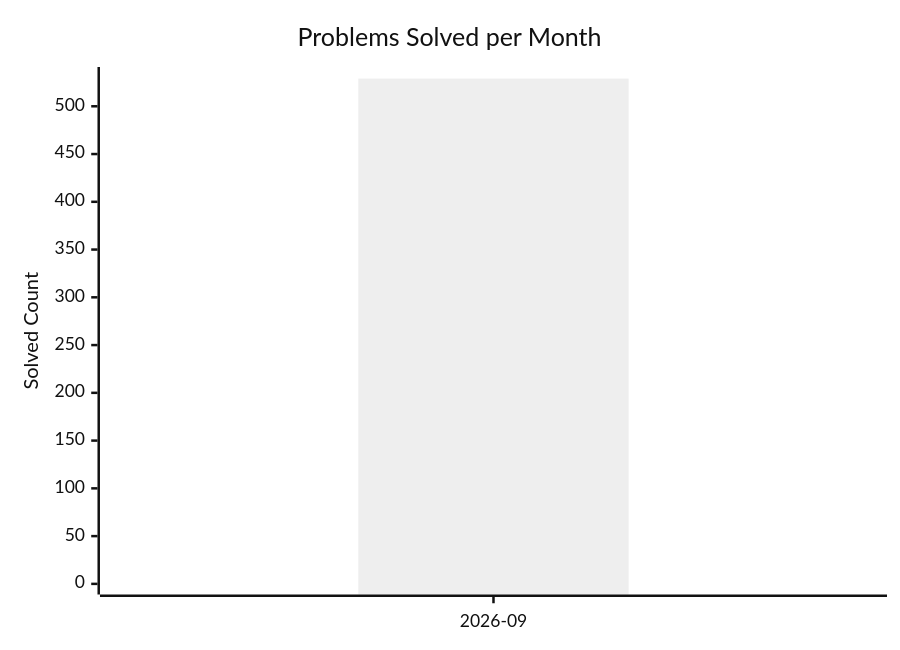
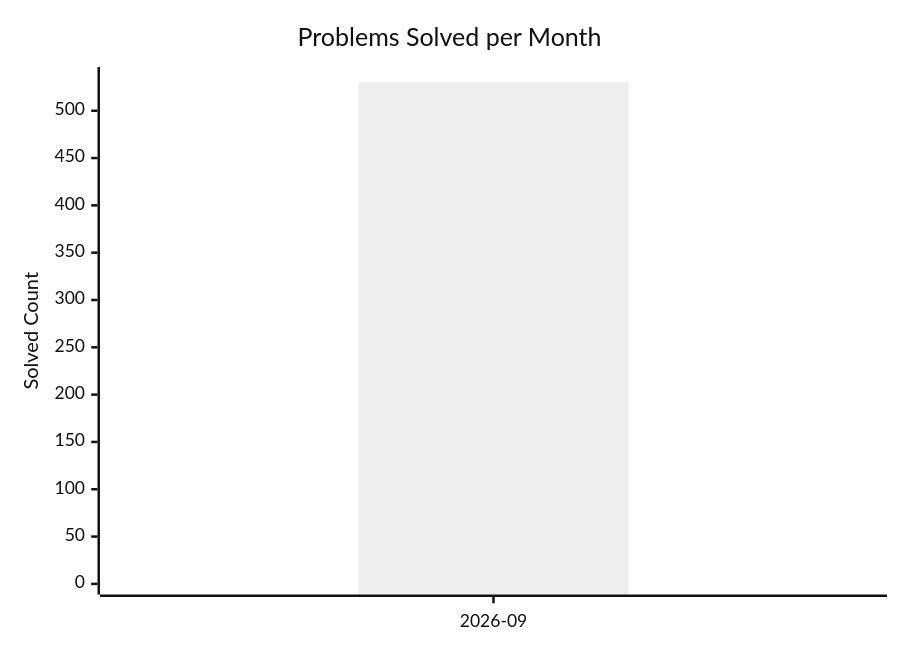
Before and after one commit to AdityaPandey-DEV/CP-Progress-Sync: the diagram in dashboard.md, drawn with Mermaid (neutral theme). The commit also changed other lines of this file, not shown here.

Commit message:
Auto-update CP dashboard [skip ci]

````diff
--- a/dashboard.md
+++ b/dashboard.md
@@ -8,8 +8,8 @@
 ```mermaid
 xychart-beta
     title "Problems Solved per Month"
     x-axis ["2026-09"]
-    y-axis "Solved Count" 0 --> 530
-    bar [529]
-    line [529]
+    y-axis "Solved Count" 0 --> 535
+    bar [530]
+    line [530]
 ```
````
